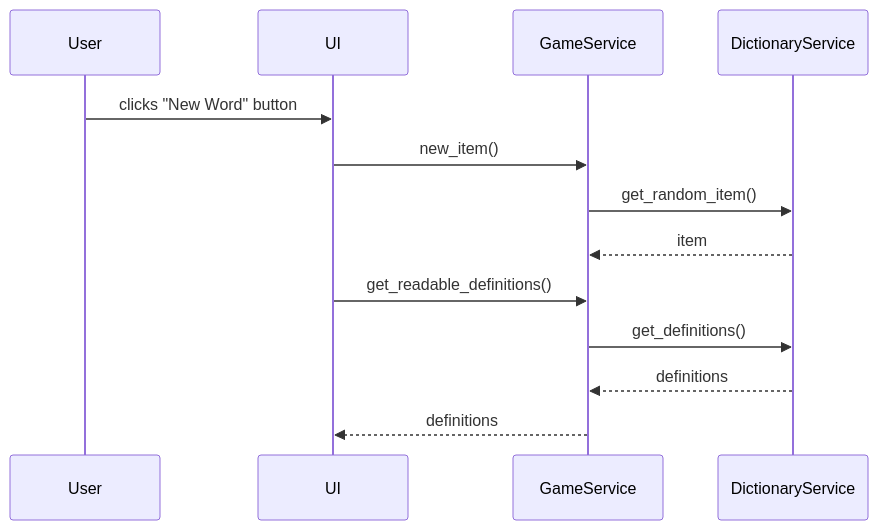
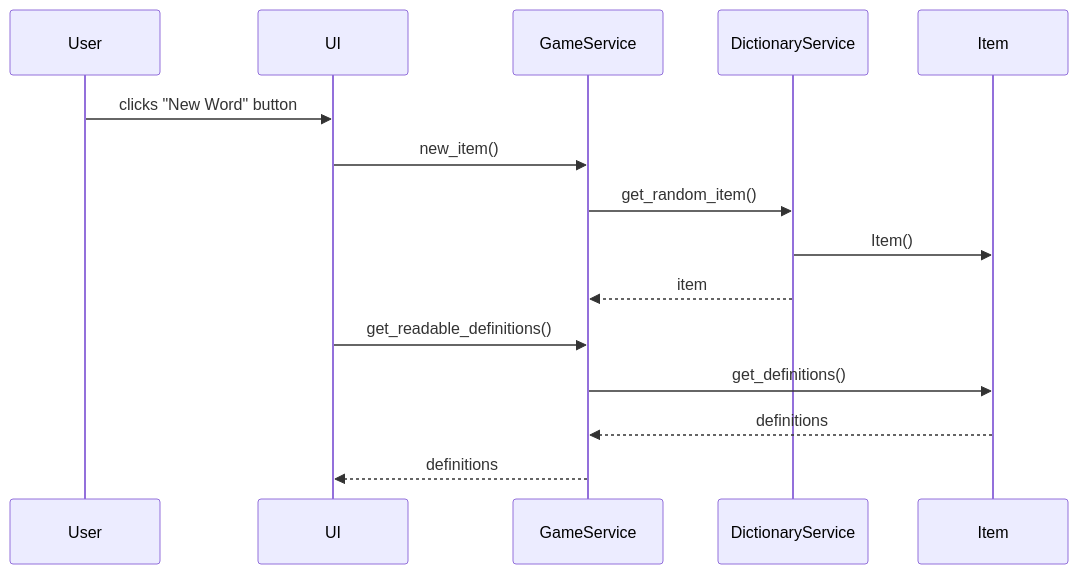
The second of 2 diagrams in dokumentaatio/arkkitehtuuri.md (juhanikat/ot-harjoitustyo), drawn with Mermaid before and after one commit. The commit also changed other lines of this file and 5 other files, not shown here.

````diff
--- a/dokumentaatio/arkkitehtuuri.md
+++ b/dokumentaatio/arkkitehtuuri.md
@@ -42,12 +46,13 @@
 ```mermaid
     sequenceDiagram
         User ->> UI: clicks "New Word" button
         UI ->> GameService: new_item()
         GameService ->> DictionaryService: get_random_item()
+        DictionaryService ->> Item: Item()
         DictionaryService -->> GameService: item
         UI ->> GameService: get_readable_definitions()
-        GameService ->> DictionaryService: get_definitions()
-        DictionaryService -->> GameService: definitions
+        GameService ->> Item: get_definitions()
+        Item -->> GameService: definitions
         GameService -->> UI: definitions
         
 ```
````
